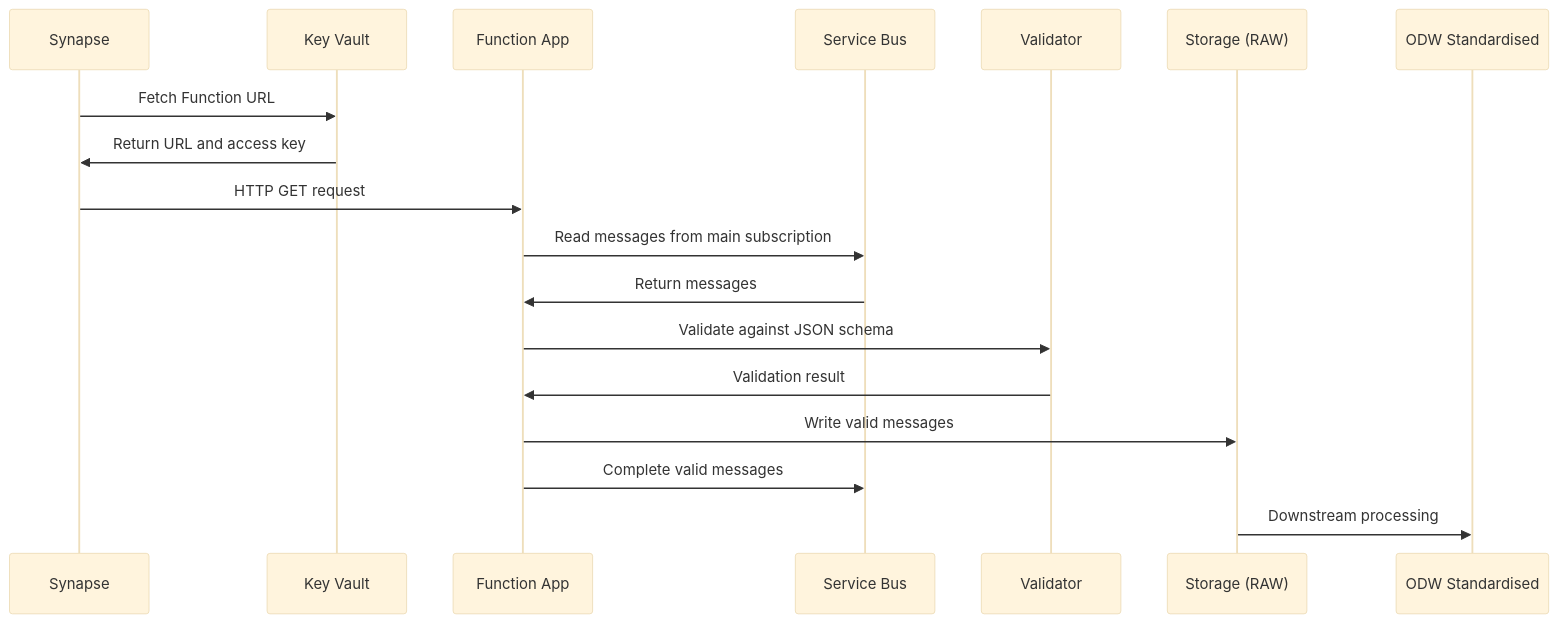
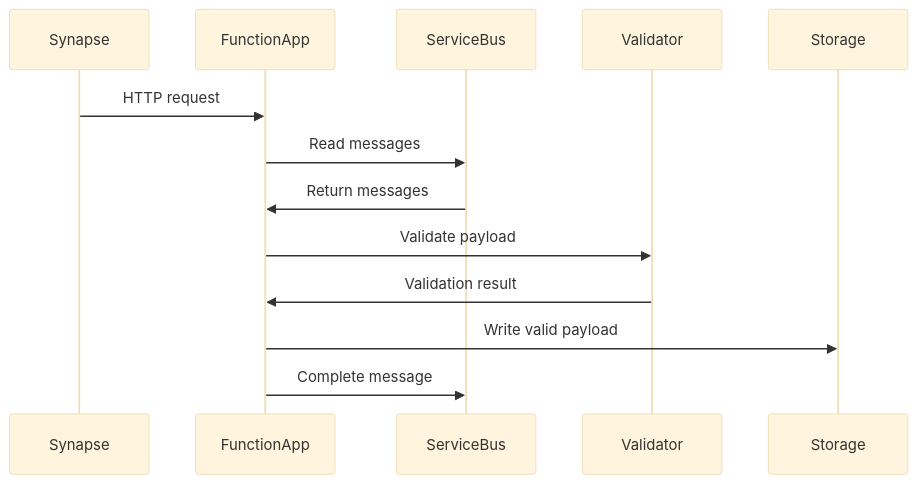
One commit to Planning-Inspectorate/odw-synapse-workspace changed the first of 2 diagrams in docs/architecture/servicebus-functionapps.md. Above: the diagram before and after it, drawn with Mermaid (base theme). The commit also changed other lines of this file, not shown here.

````diff
--- a/docs/architecture/servicebus-functionapps.md
+++ b/docs/architecture/servicebus-functionapps.md
@@ -111,21 +119,16 @@
 ```mermaid
 sequenceDiagram
     participant Synapse
-    participant KeyVault as Key Vault
-    participant FunctionApp as Function App
-    participant ServiceBus as Service Bus
+    participant FunctionApp
+    participant ServiceBus
     participant Validator
-    participant Storage as Storage (RAW)
-    participant Standardised as ODW Standardised
+    participant Storage
 
-    Synapse->>KeyVault: Fetch Function URL
-    KeyVault->>Synapse: Return URL and access key
-    Synapse->>FunctionApp: HTTP GET request
-    FunctionApp->>ServiceBus: Read messages from main subscription
+    Synapse->>FunctionApp: HTTP request
+    FunctionApp->>ServiceBus: Read messages
     ServiceBus->>FunctionApp: Return messages
-    FunctionApp->>Validator: Validate against JSON schema
+    FunctionApp->>Validator: Validate payload
     Validator->>FunctionApp: Validation result
-    FunctionApp->>Storage: Write valid messages
-    FunctionApp->>ServiceBus: Complete valid messages
-    Storage->>Standardised: Downstream processing
+    FunctionApp->>Storage: Write valid payload
+    FunctionApp->>ServiceBus: Complete message
 ```
````
